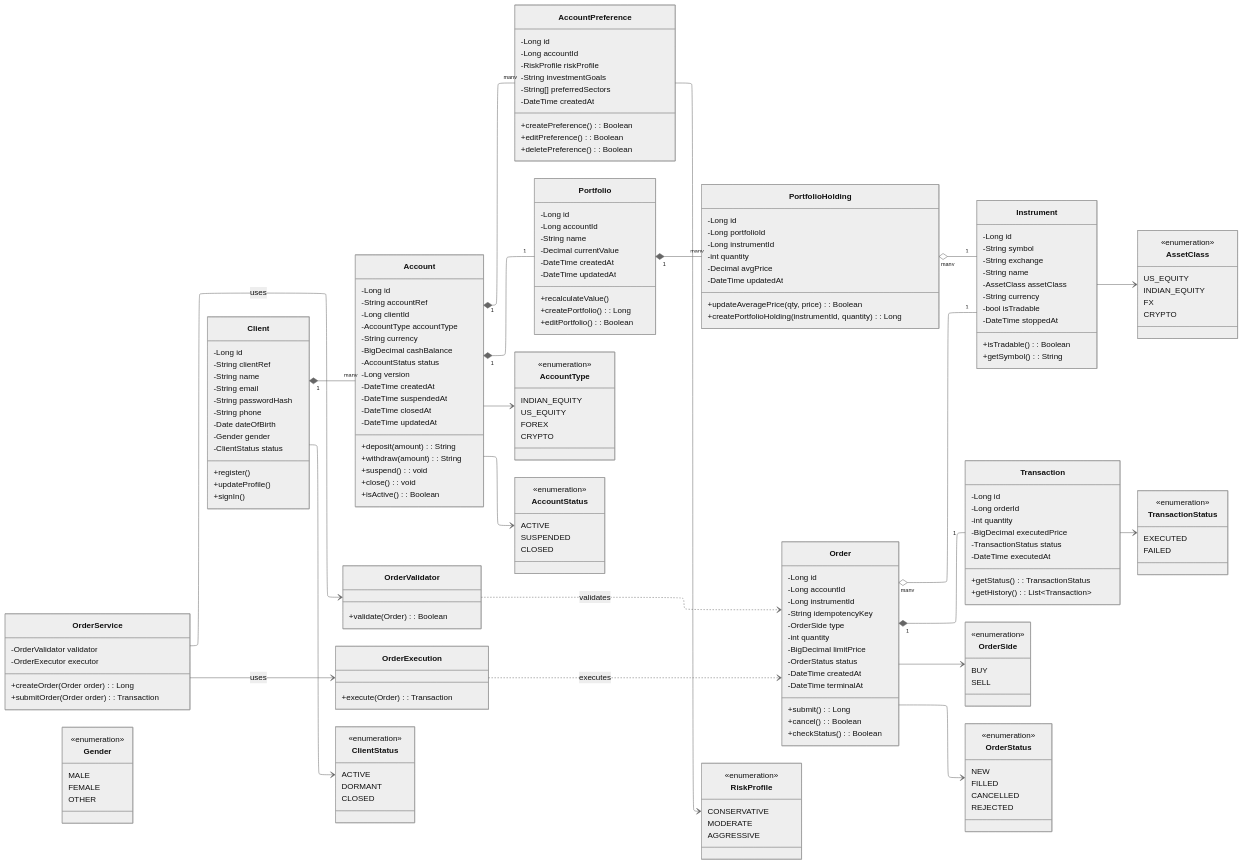
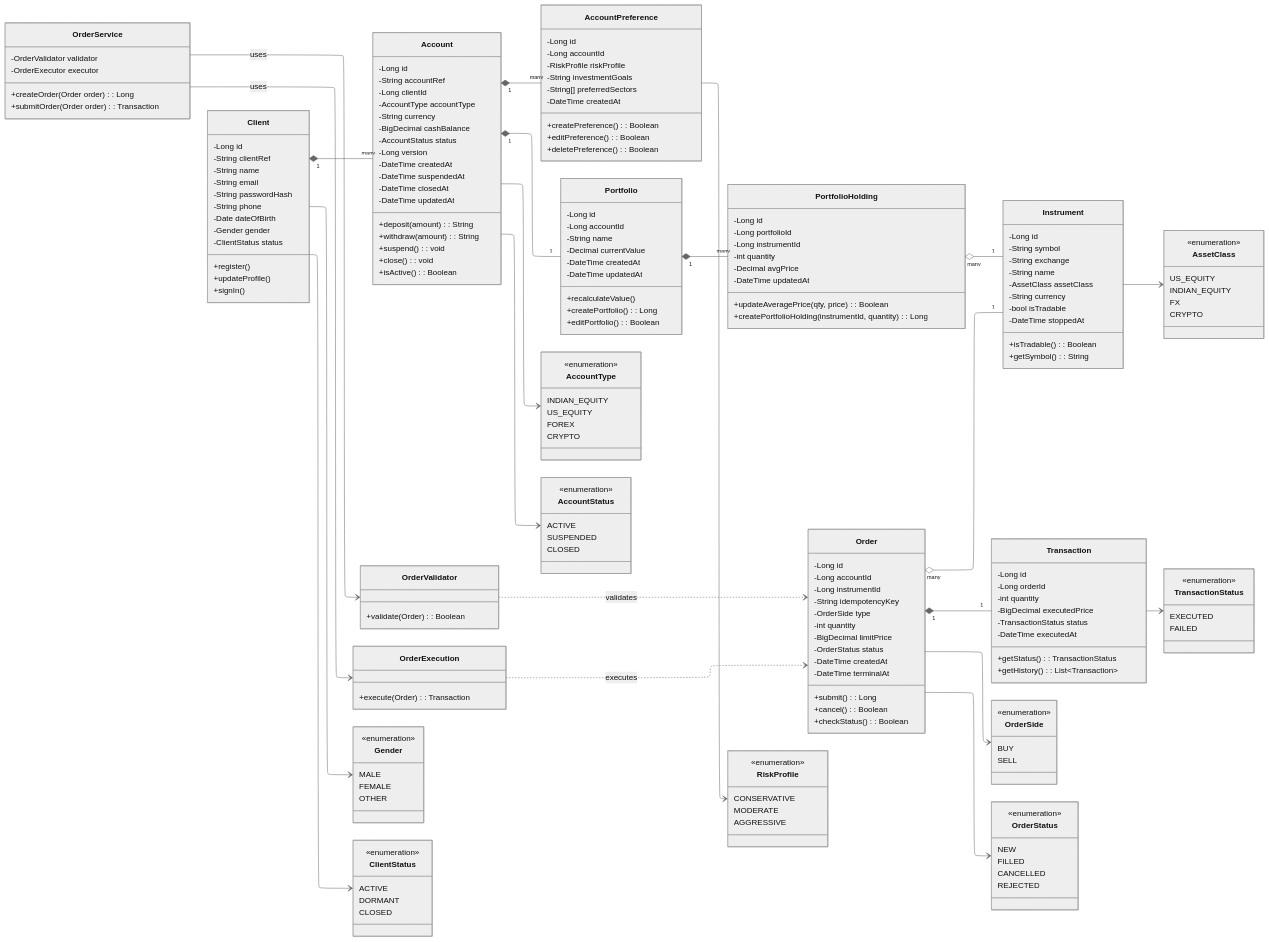
Before and after one commit to IM-RAHUL-RAJ/k8s-solution: the diagram in backend/design/class_diagram.mmd, drawn with Mermaid (neutral theme). The commit also changed 1 other file, not shown here.

Commit message:
Refactoring the svg to match the class diagram

```diff
--- a/backend/design/class_diagram.mmd
+++ b/backend/design/class_diagram.mmd
@@ -217,6 +217,7 @@
     Order "many" o-- "1" Instrument
 
     %% Enum associations
+    Client --> Gender
     Client --> ClientStatus
     Account --> AccountType
     Account --> AccountStatus
```
